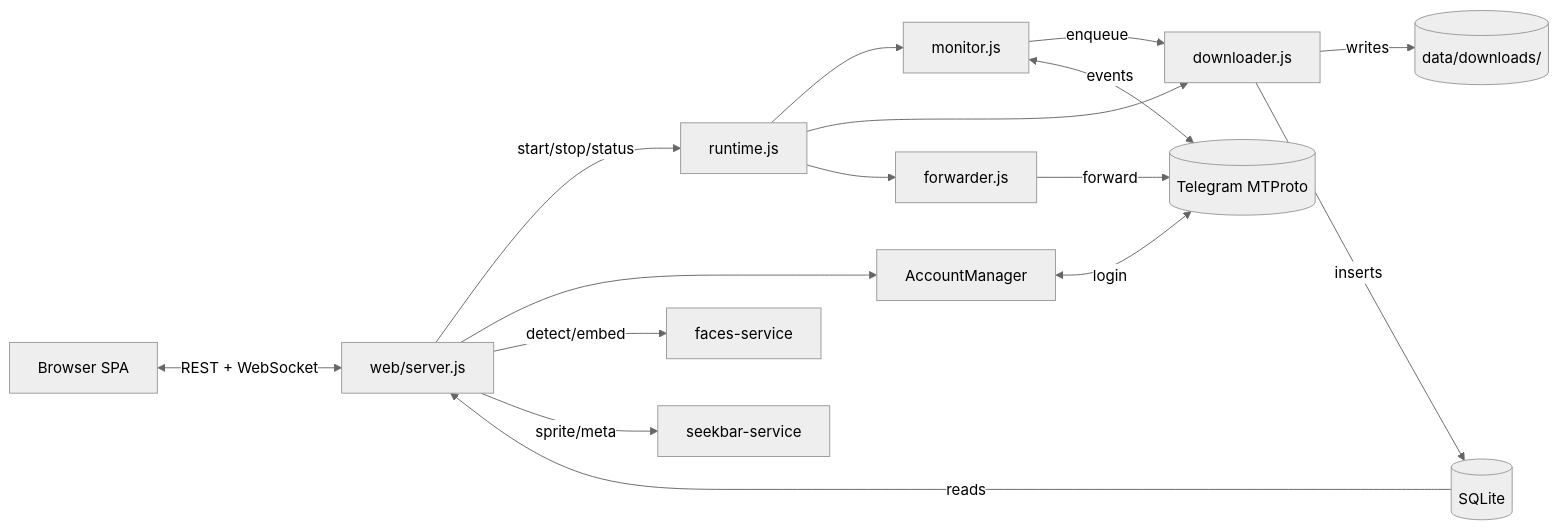
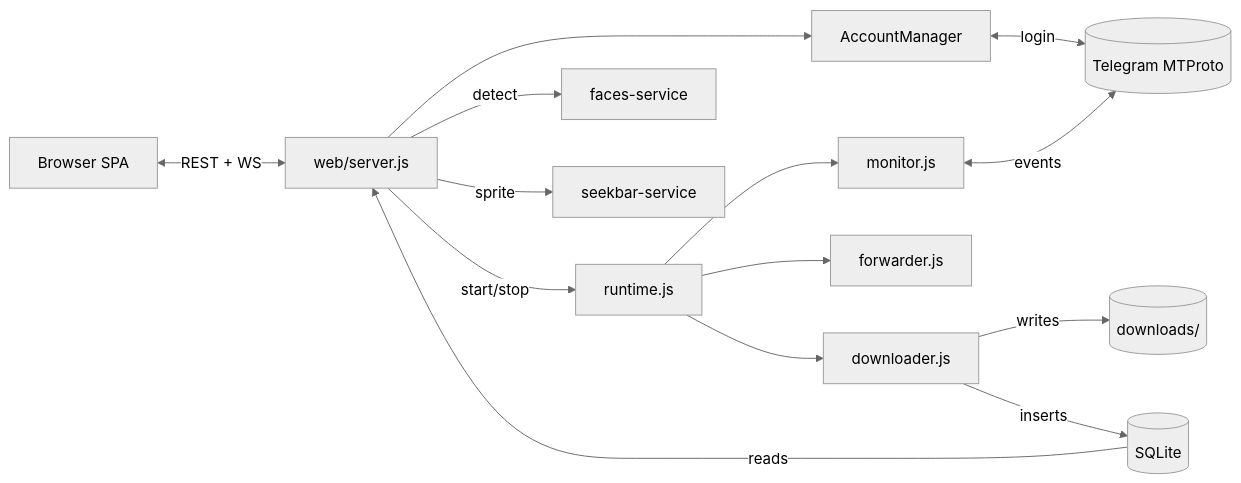
One commit to botnick/telegram-media-downloader changed the diagram in README.md. Above: the diagram before and after it, drawn with Mermaid (neutral theme). The commit also changed other lines of this file, not shown here.

````diff
--- a/README.md
+++ b/README.md
@@ -52,31 +180,27 @@
 ```mermaid
 flowchart LR
     user[Browser SPA]
     server[web/server.js]
     runtime[runtime.js]
     monitor[monitor.js]
     downloader[downloader.js]
     forwarder[forwarder.js]
     am[AccountManager]
     db[(SQLite)]
-    fs[(data/downloads/)]
+    fs[(downloads/)]
     tg[(Telegram MTProto)]
     faces[faces-service]
     seekbar[seekbar-service]
 
-    user <-- REST + WebSocket --> server
-    server -- start/stop/status --> runtime
-    runtime --> monitor
-    runtime --> downloader
-    runtime --> forwarder
+    user <-- REST + WS --> server
+    server -- start/stop --> runtime
+    runtime --> monitor & downloader & forwarder
     server --> am
-    monitor -- enqueue --> downloader
-    forwarder -- forward --> tg
     am <-- login --> tg
     monitor <-- events --> tg
     downloader -- writes --> fs
     downloader -- inserts --> db
     db -- reads --> server
-    server -- detect/embed --> faces
-    server -- sprite/meta --> seekbar
+    server -- detect --> faces
+    server -- sprite --> seekbar
 ```
````
